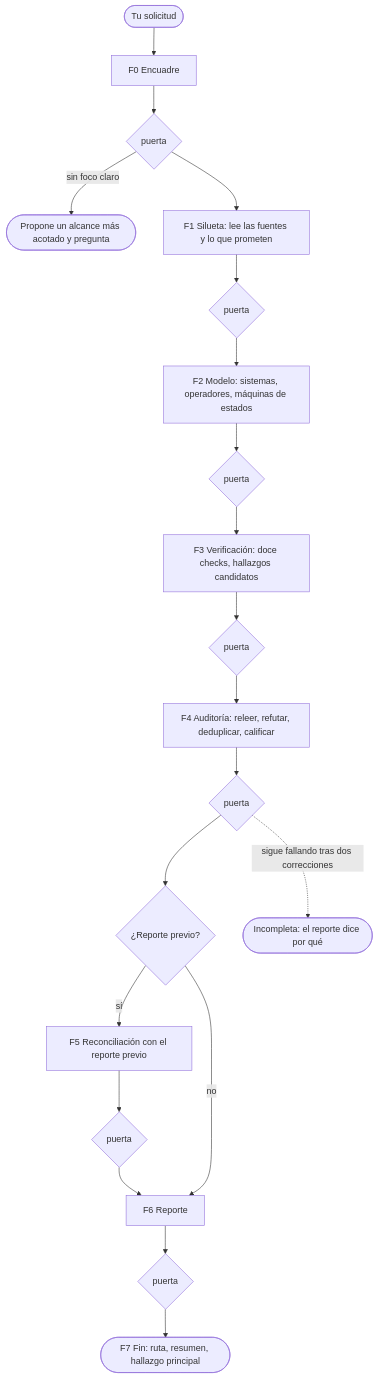
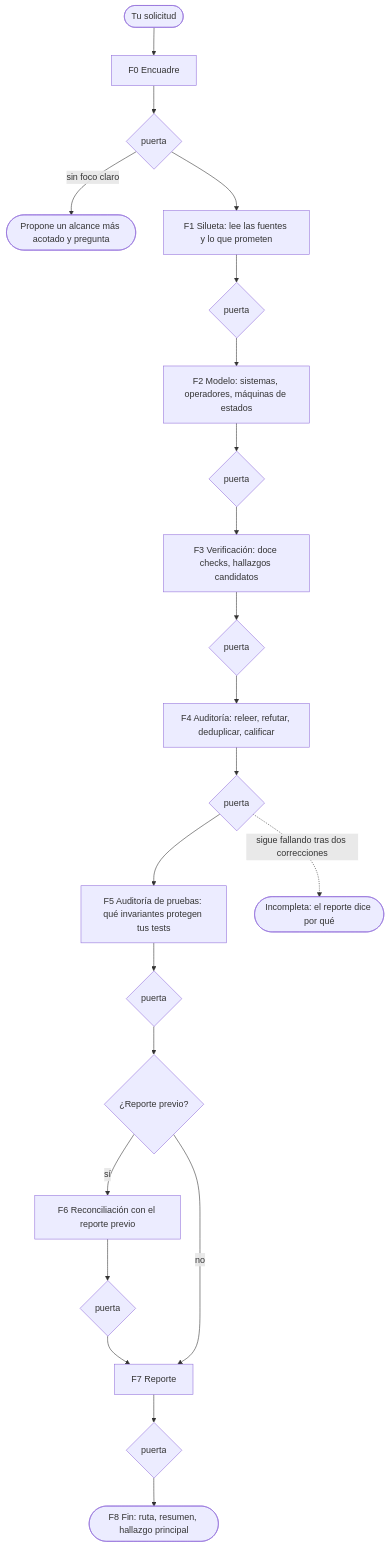
One commit to gdavidpb/systemic changed the diagram in README.es.md. Above: the diagram before and after it, drawn with Mermaid. The commit also changed other lines of this file and 19 other files, not shown here.

````diff
--- a/README.es.md
+++ b/README.es.md
@@ -106,15 +112,16 @@
 ```mermaid
 flowchart TD
   REQ(["Tu solicitud"]) --> F0["F0 Encuadre"]
   F0 --> G0{"puerta"}
   G0 -- "sin foco claro" --> ASK(["Propone un alcance más acotado y pregunta"])
   G0 --> F1["F1 Silueta: lee las fuentes y lo que prometen"]
   F1 --> G1{"puerta"} --> F2["F2 Modelo: sistemas, operadores, máquinas de estados"]
   F2 --> G2{"puerta"} --> F3["F3 Verificación: doce checks, hallazgos candidatos"]
   F3 --> G3{"puerta"} --> F4["F4 Auditoría: releer, refutar, deduplicar, calificar"]
-  F4 --> G4{"puerta"} --> PR{"¿Reporte previo?"}
-  PR -- "sí" --> F5["F5 Reconciliación con el reporte previo"] --> G5{"puerta"} --> F6
-  PR -- "no" --> F6["F6 Reporte"]
-  F6 --> G6{"puerta"} --> F7(["F7 Fin: ruta, resumen, hallazgo principal"])
+  F4 --> G4{"puerta"} --> F5["F5 Auditoría de pruebas: qué invariantes protegen tus tests"]
+  F5 --> G5{"puerta"} --> PR{"¿Reporte previo?"}
+  PR -- "sí" --> F6["F6 Reconciliación con el reporte previo"] --> G6{"puerta"} --> F7
+  PR -- "no" --> F7["F7 Reporte"]
+  F7 --> G7{"puerta"} --> F8(["F8 Fin: ruta, resumen, hallazgo principal"])
   G4 -. "sigue fallando tras dos correcciones" .-> INC(["Incompleta: el reporte dice por qué"])
 ```
````
